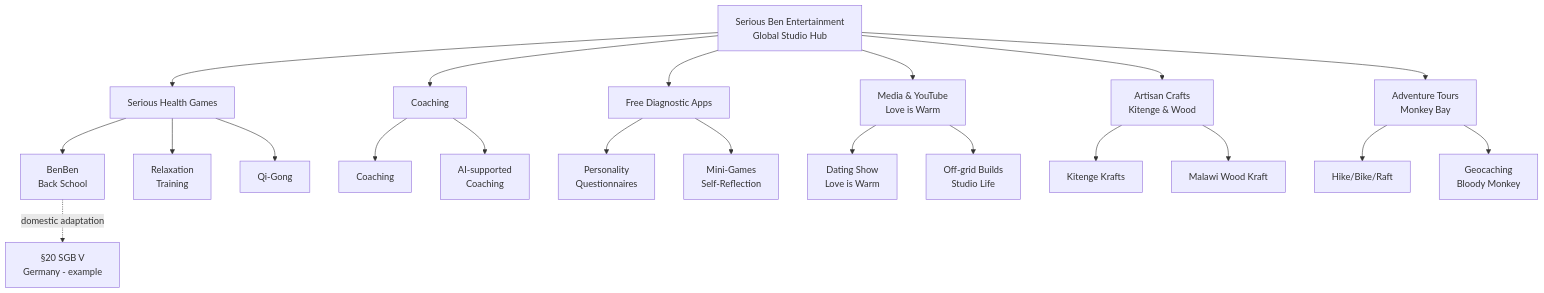
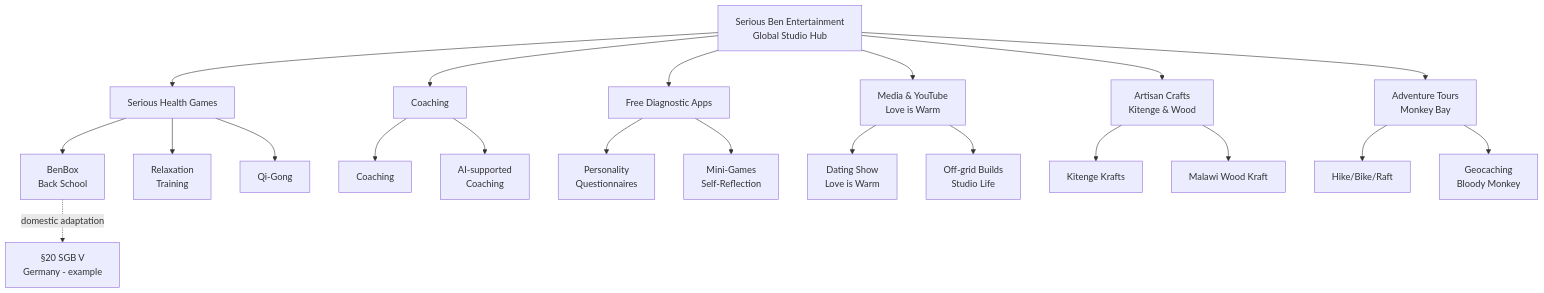
The first of 2 diagrams in Businessplan.qmd (DrBenjamin/Businessplan), drawn with Mermaid before and after one commit. The commit also changed other lines of this file, not shown here.

````diff
--- a/Businessplan.qmd
+++ b/Businessplan.qmd
@@ -239,33 +242,33 @@
 ```{mermaid}
 %%| fig-cap: "Serious Ben Entertainment Multi-Vertical Portfolio"
 %%| fig-width: 6
 %%| fig-height: 4
 graph TD
   A[Serious Ben Entertainment<br/>Global Studio Hub] --> B[Serious Health Games]
   A --> C[Coaching]
   A --> D[Free Diagnostic Apps]
   A --> F[Media & YouTube\nLove is Warm]
   A --> G[Artisan Crafts\nKitenge & Wood]
   A --> H[Adventure Tours\nMonkey Bay]
 
-  B --> B1[BenBen\nBack School]
+  B --> B1[BenBox\nBack School]
   B --> B2[Relaxation\nTraining]
   B --> B3[Qi-Gong]
 
   C --> C1[Coaching]
   C --> C2[AI-supported\nCoaching]
 
   D --> D1[Personality\nQuestionnaires]
   D --> D2[Mini-Games\nSelf-Reflection]
 
   F --> F1[Dating Show\nLove is Warm]
   F --> F2[Off-grid Builds\nStudio Life]
 
   G --> G1[Kitenge Krafts]
   G --> G2[Malawi Wood Kraft]
 
   H --> H1[Hike/Bike/Raft]
   H --> H2[Geocaching\nBloody Monkey]
 
   B1 -.domestic adaptation.-> E[§20 SGB V\nGermany - example]
 ```
````
